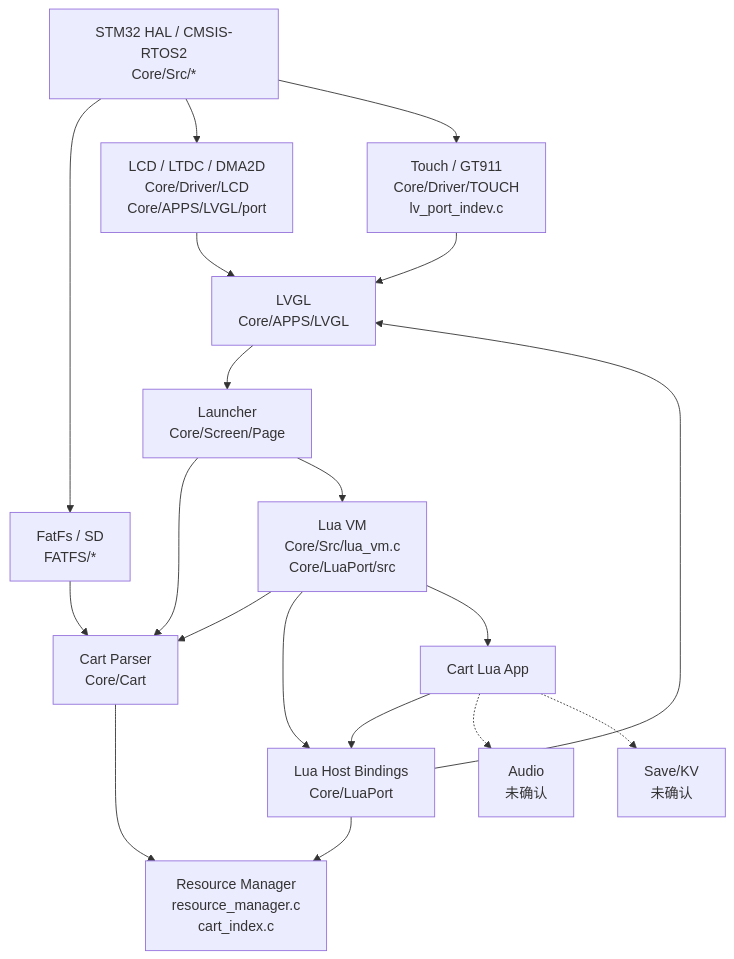
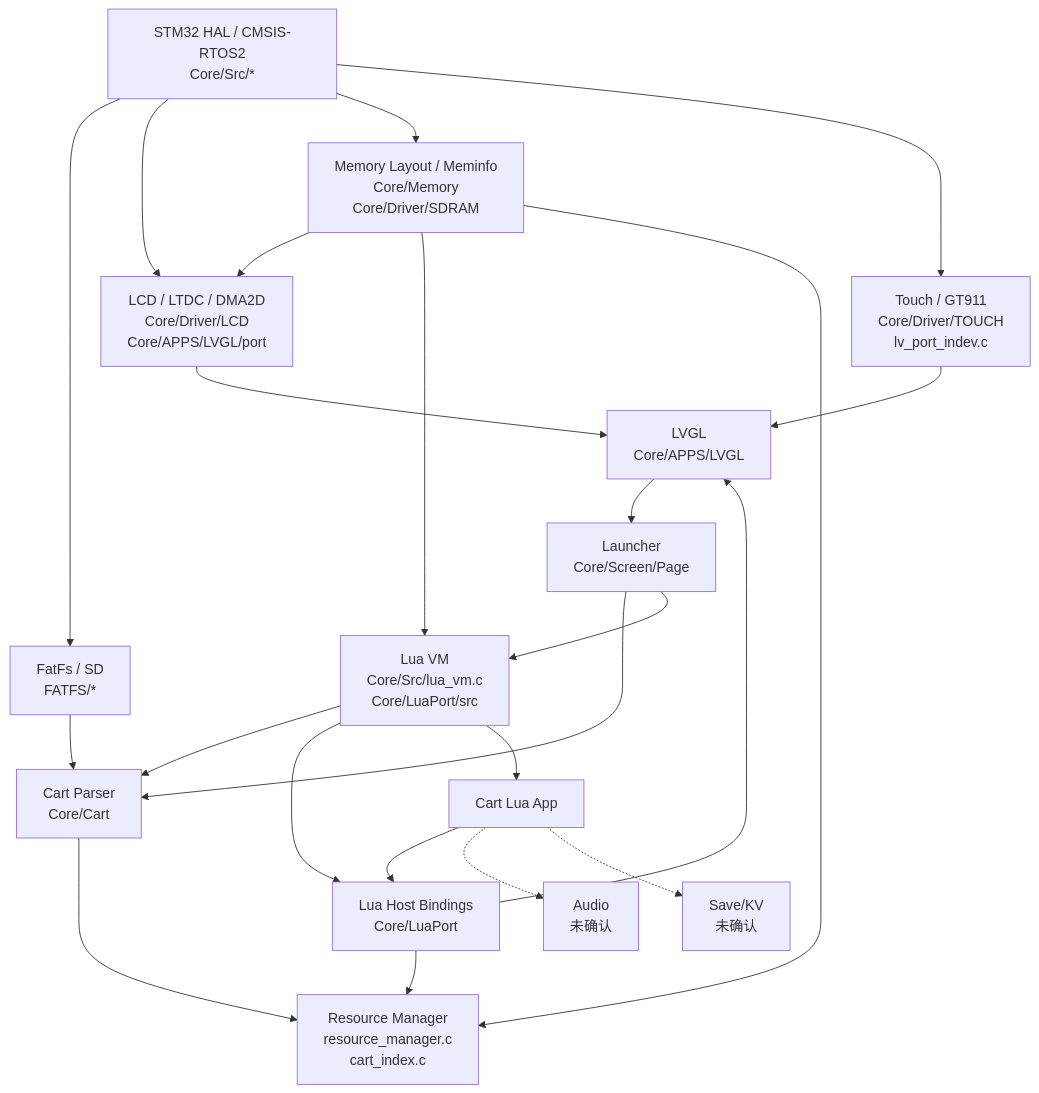
The seventh of 7 diagrams in Docs/architecture.md (ExMikuPro/cartdesk-os), drawn with Mermaid before and after one commit. The commit also changed other lines of this file and 9 other files, not shown here.

````diff
--- a/Docs/architecture.md
+++ b/Docs/architecture.md
@@ -543,35 +578,40 @@
 ```mermaid
 flowchart TD
     HAL["STM32 HAL / CMSIS-RTOS2\nCore/Src/*"]
     FatFs["FatFs / SD\nFATFS/*"]
     DisplayDrv["LCD / LTDC / DMA2D\nCore/Driver/LCD\nCore/APPS/LVGL/port"]
+    Memory["Memory Layout / Meminfo\nCore/Memory\nCore/Driver/SDRAM"]
     TouchDrv["Touch / GT911\nCore/Driver/TOUCH\nlv_port_indev.c"]
     LVGL["LVGL\nCore/APPS/LVGL"]
     Launcher["Launcher\nCore/Screen/Page"]
     Cart["Cart Parser\nCore/Cart"]
     LuaVM["Lua VM\nCore/Src/lua_vm.c\nCore/LuaPort/src"]
     LuaBindings["Lua Host Bindings\nCore/LuaPort"]
     ResMgr["Resource Manager\nresource_manager.c\ncart_index.c"]
     AppLua["Cart Lua App"]
     Audio["Audio\n未确认"]
     Save["Save/KV\n未确认"]
 
     HAL --> FatFs
     HAL --> DisplayDrv
+    HAL --> Memory
     HAL --> TouchDrv
+    Memory --> DisplayDrv
+    Memory --> LuaVM
+    Memory --> ResMgr
     DisplayDrv --> LVGL
     TouchDrv --> LVGL
     LVGL --> Launcher
     Launcher --> Cart
     Launcher --> LuaVM
     FatFs --> Cart
     Cart --> ResMgr
     LuaVM --> Cart
     LuaVM --> LuaBindings
     LuaBindings --> LVGL
     LuaBindings --> ResMgr
     LuaVM --> AppLua
     AppLua --> LuaBindings
     AppLua -.-> Audio
     AppLua -.-> Save
 ```
````
